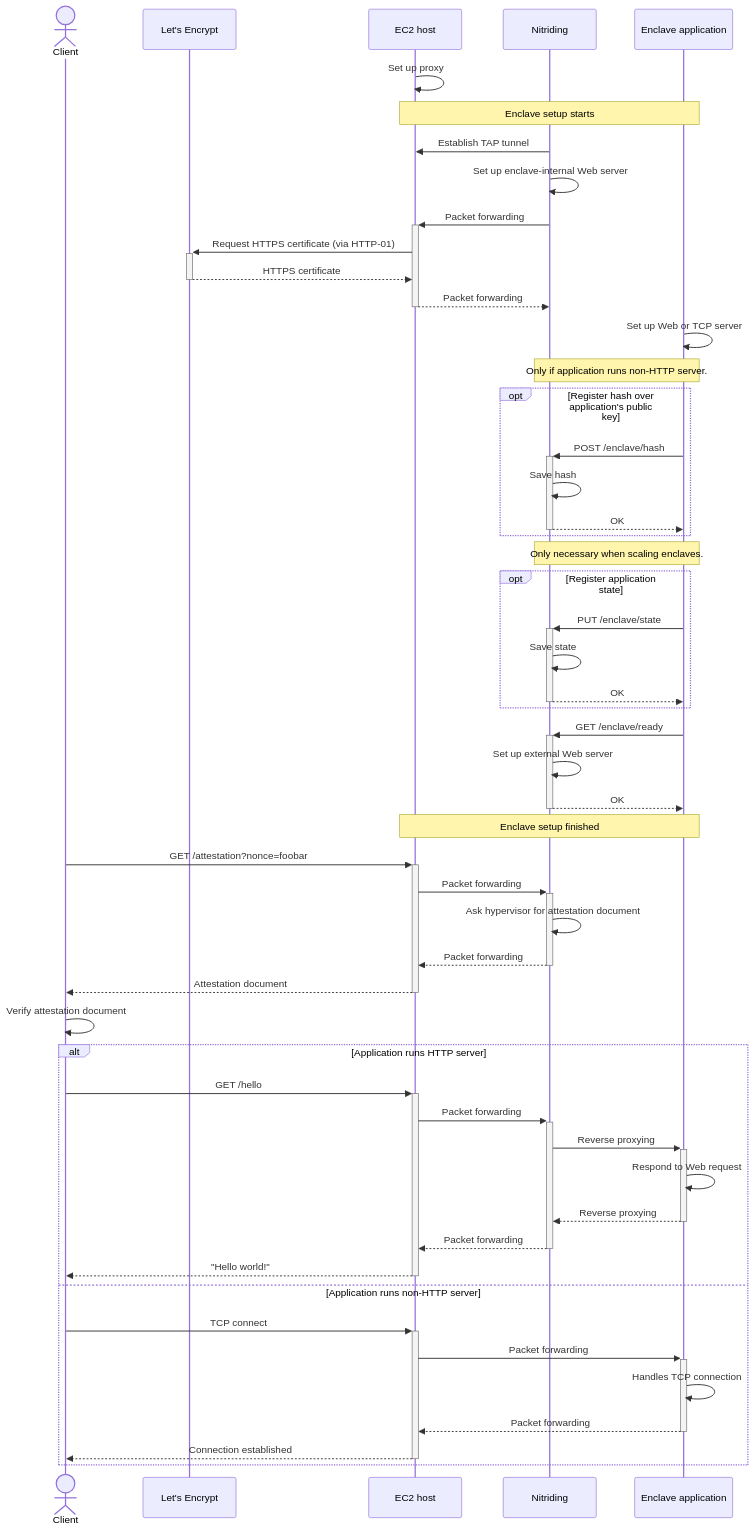
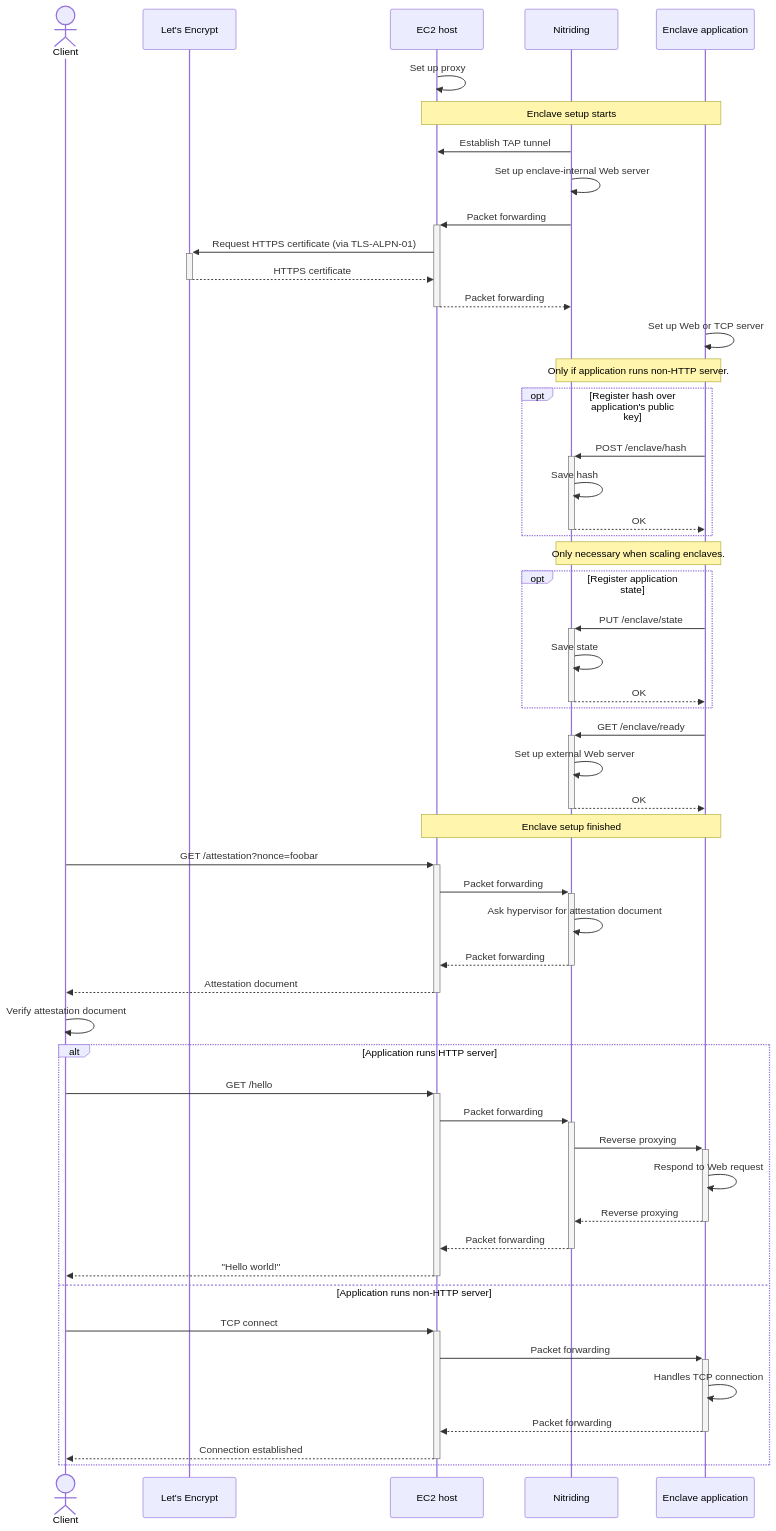
The diagram in doc/architecture.md (brave/nitriding-daemon), drawn with Mermaid before and after one commit. The commit also changed 1 other file, not shown here.

Commit message:
Delete outdated references to HTTP-01 challenge.

````diff
--- a/doc/architecture.md
+++ b/doc/architecture.md
@@ -1,68 +1,68 @@
 ```mermaid
 sequenceDiagram
   actor client as Client
   participant ca as Let's Encrypt
   participant ec2 as EC2 host
   participant nitriding as Nitriding
   participant app as Enclave application
 
 ec2->>ec2: Set up proxy
 
 Note over ec2,app: Enclave setup starts
 
 nitriding->>ec2: Establish TAP tunnel
 nitriding->>nitriding: Set up enclave-internal Web server
 
 nitriding->>+ec2: Packet forwarding
-ec2->>+ca: Request HTTPS certificate (via HTTP-01)
+ec2->>+ca: Request HTTPS certificate (via TLS-ALPN-01)
 ca-->>-ec2: HTTPS certificate
 ec2-->>-nitriding: Packet forwarding
 
 app->>app: Set up Web or TCP server
 
 Note over nitriding,app: Only if application runs non-HTTP server.
 
 opt Register hash over application's public key
   app->>+nitriding: POST /enclave/hash
   nitriding->>nitriding: Save hash
   nitriding-->>-app: OK
 end
 
 Note over nitriding,app: Only necessary when scaling enclaves.
 
 opt Register application state
   app->>+nitriding: PUT /enclave/state
   nitriding->>nitriding: Save state
   nitriding-->>-app: OK
 end
 
 app->>+nitriding: GET /enclave/ready
 nitriding->>nitriding: Set up external Web server
 nitriding-->>-app: OK
 
 Note over ec2,app: Enclave setup finished
 
 client->>+ec2: GET /attestation?nonce=foobar
 ec2->>+nitriding: Packet forwarding
 nitriding->>nitriding: Ask hypervisor for attestation document
 nitriding-->>-ec2: Packet forwarding
 ec2-->>-client: Attestation document
 
 client->>client: Verify attestation document
 
 alt Application runs HTTP server
   client->>+ec2: GET /hello
   ec2->>+nitriding: Packet forwarding
   nitriding->>+app: Reverse proxying
   app->>app: Respond to Web request
   app-->>-nitriding: Reverse proxying
   nitriding-->>-ec2: Packet forwarding
   ec2-->>-client: "Hello world!"
 else Application runs non-HTTP server
   client->>+ec2: TCP connect
   ec2->>+app: Packet forwarding
   app->>app: Handles TCP connection
   app-->>-ec2: Packet forwarding
   ec2-->>-client: Connection established
 end
 ```
````
